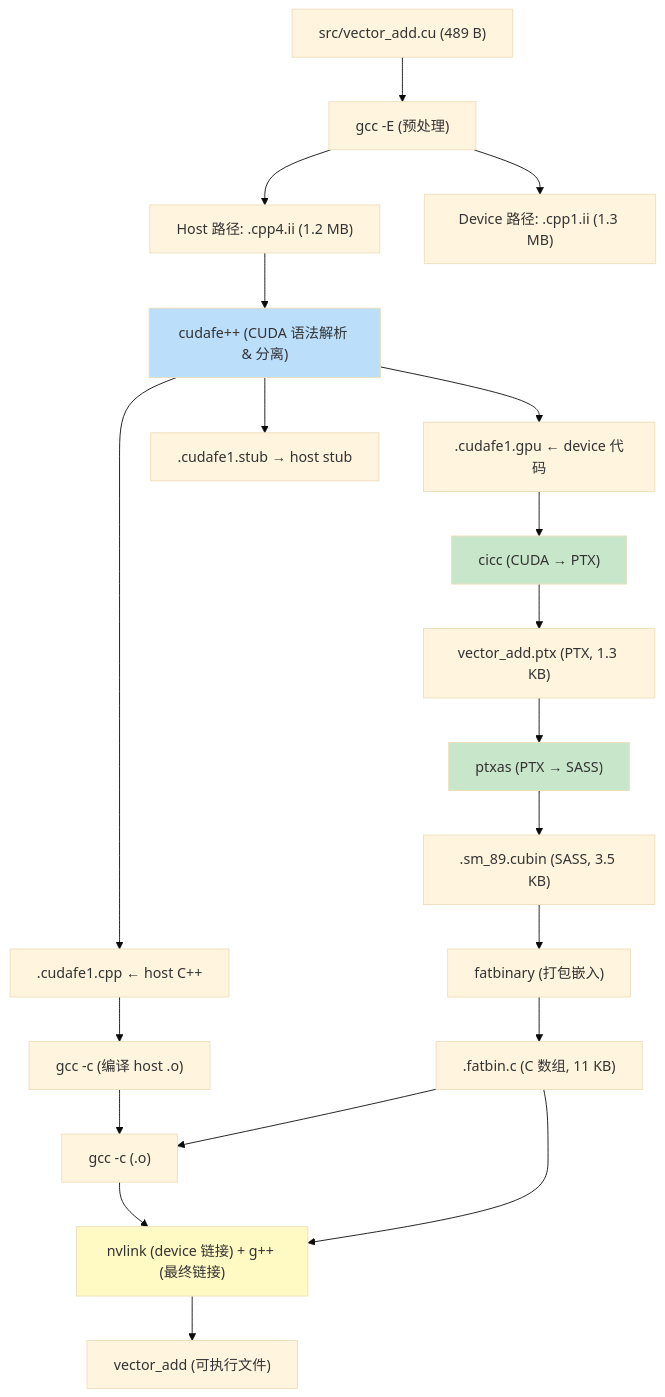
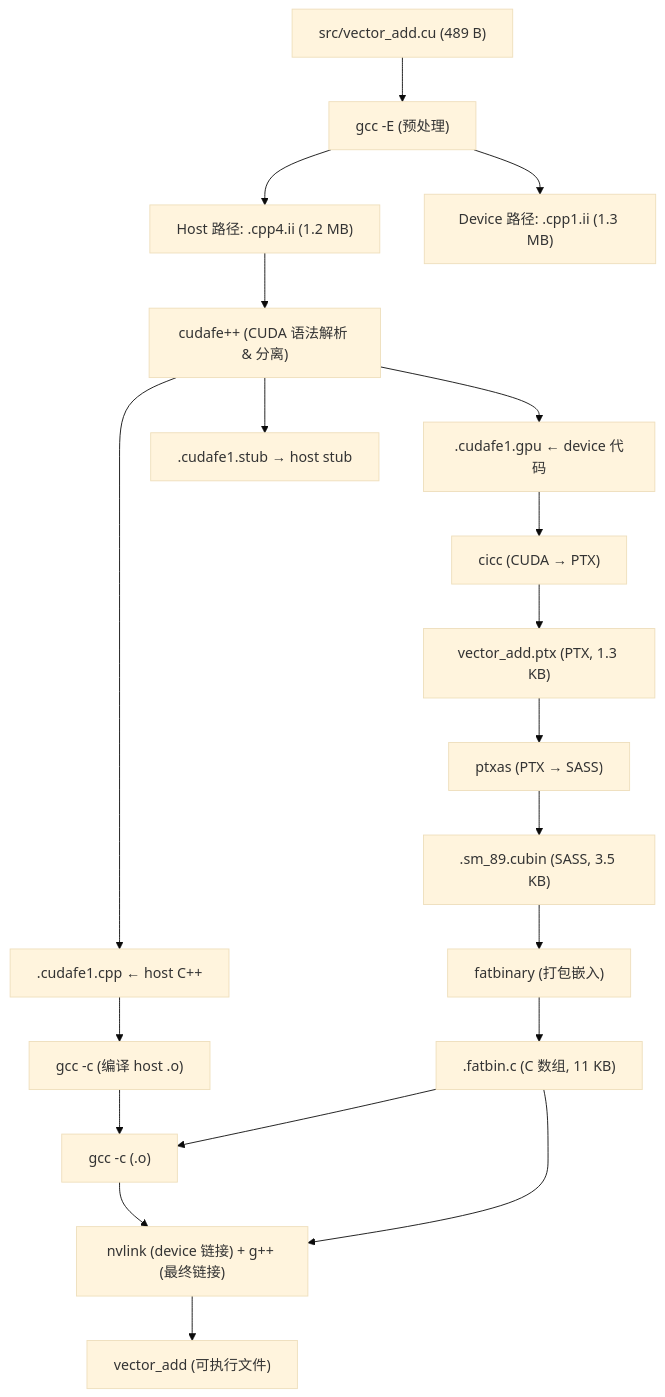
Before and after one commit to noisystreet/deep_dive_into_cuda: the diagram in source/_static/intermediate_dataflow.mmd, drawn with Mermaid (base theme). The commit also changed 26 other files, not shown here.

First line of the commit message:
Mermaid 图统一黑白样式：去除节点彩色色块

```diff
--- a/source/_static/intermediate_dataflow.mmd
+++ b/source/_static/intermediate_dataflow.mmd
@@ -1,24 +1,20 @@
 flowchart TB
     SRC["src/vector_add.cu (489 B)"] --> PRE["gcc -E (预处理)"]
     PRE --> HOSTPATH["Host 路径: .cpp4.ii (1.2 MB)"]
     PRE --> DEVPATH["Device 路径: .cpp1.ii (1.3 MB)"]
     HOSTPATH --> CUDAFE["cudafe++ (CUDA 语法解析 & 分离)"]
     CUDAFE --> HOSTCPP[".cudafe1.cpp ← host C++"]
     CUDAFE --> DEVGPU[".cudafe1.gpu ← device 代码"]
     CUDAFE --> HOSTSTUB[".cudafe1.stub → host stub"]
     HOSTCPP --> GCC["gcc -c (编译 host .o)"]
     DEVGPU --> CICC["cicc (CUDA → PTX)"]
     CICC --> PTX["vector_add.ptx (PTX, 1.3 KB)"]
     PTX --> PTXAS["ptxas (PTX → SASS)"]
     PTXAS --> CUBIN[".sm_89.cubin (SASS, 3.5 KB)"]
     CUBIN --> FB["fatbinary (打包嵌入)"]
     FB --> FATBIN[".fatbin.c (C 数组, 11 KB)"]
     GCOBJ["gcc -c (.o)"] --> LINK["nvlink (device 链接) + g++ (最终链接)"]
     GCC --> GCOBJ
     FATBIN --> GCOBJ
     FATBIN --> LINK
     LINK --> EXE["vector_add (可执行文件)"]
-    style CUDAFE fill:#bbdefb
-    style CICC fill:#c8e6c9
-    style PTXAS fill:#c8e6c9
-    style LINK fill:#fff9c4
```
